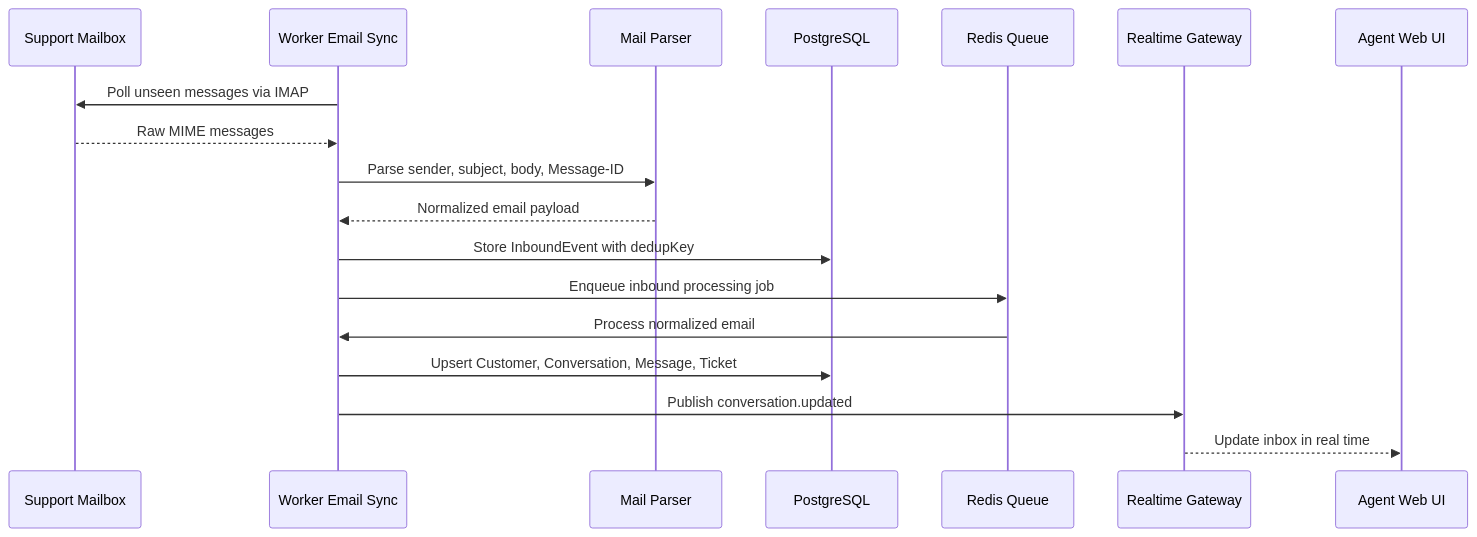
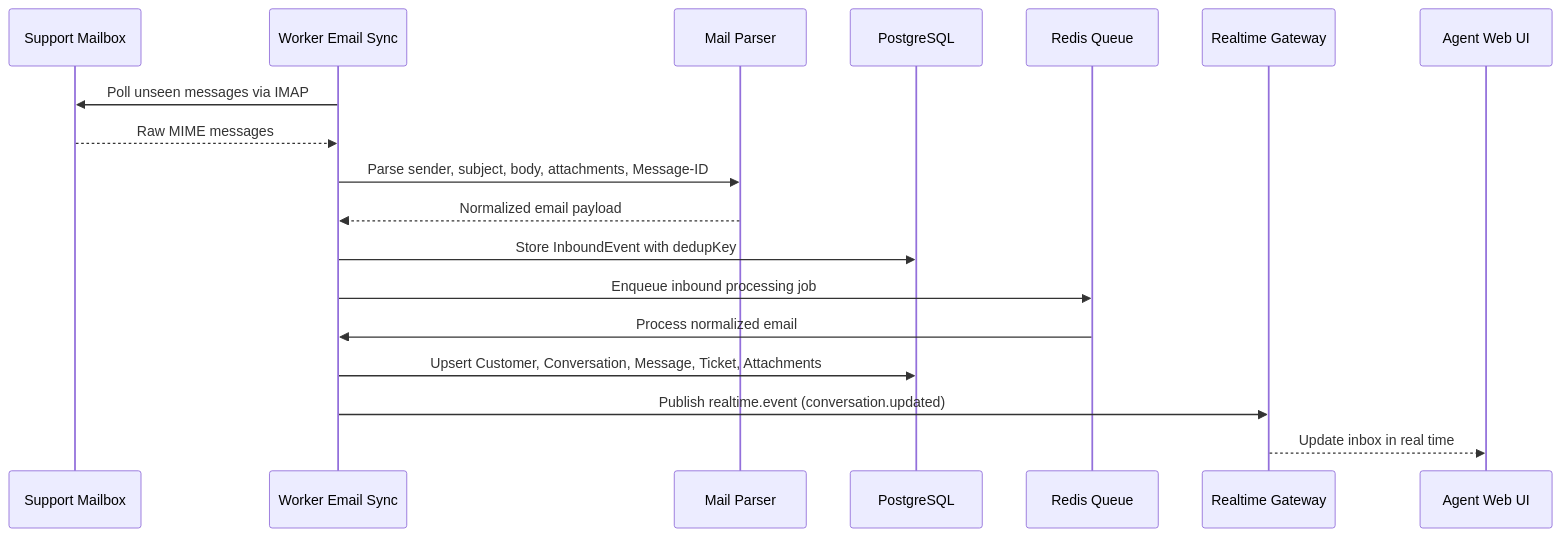
One commit to tbnguyen274/omnidesk changed the third of 6 diagrams in README.md. Above: the diagram before and after it, drawn with Mermaid. The commit also changed other lines of this file and 8 other files, not shown here.

````diff
--- a/README.md
+++ b/README.md
@@ -104,21 +106,21 @@
 ```mermaid
 sequenceDiagram
     participant Mailbox as Support Mailbox
     participant Worker as Worker Email Sync
     participant Parser as Mail Parser
     participant DB as PostgreSQL
     participant Q as Redis Queue
     participant WS as Realtime Gateway
     participant Web as Agent Web UI
 
     Worker->>Mailbox: Poll unseen messages via IMAP
     Mailbox-->>Worker: Raw MIME messages
-    Worker->>Parser: Parse sender, subject, body, Message-ID
+    Worker->>Parser: Parse sender, subject, body, attachments, Message-ID
     Parser-->>Worker: Normalized email payload
     Worker->>DB: Store InboundEvent with dedupKey
     Worker->>Q: Enqueue inbound processing job
     Q->>Worker: Process normalized email
-    Worker->>DB: Upsert Customer, Conversation, Message, Ticket
-    Worker->>WS: Publish conversation.updated
+    Worker->>DB: Upsert Customer, Conversation, Message, Ticket, Attachments
+    Worker->>WS: Publish realtime.event (conversation.updated)
     WS-->>Web: Update inbox in real time
 ```
````
